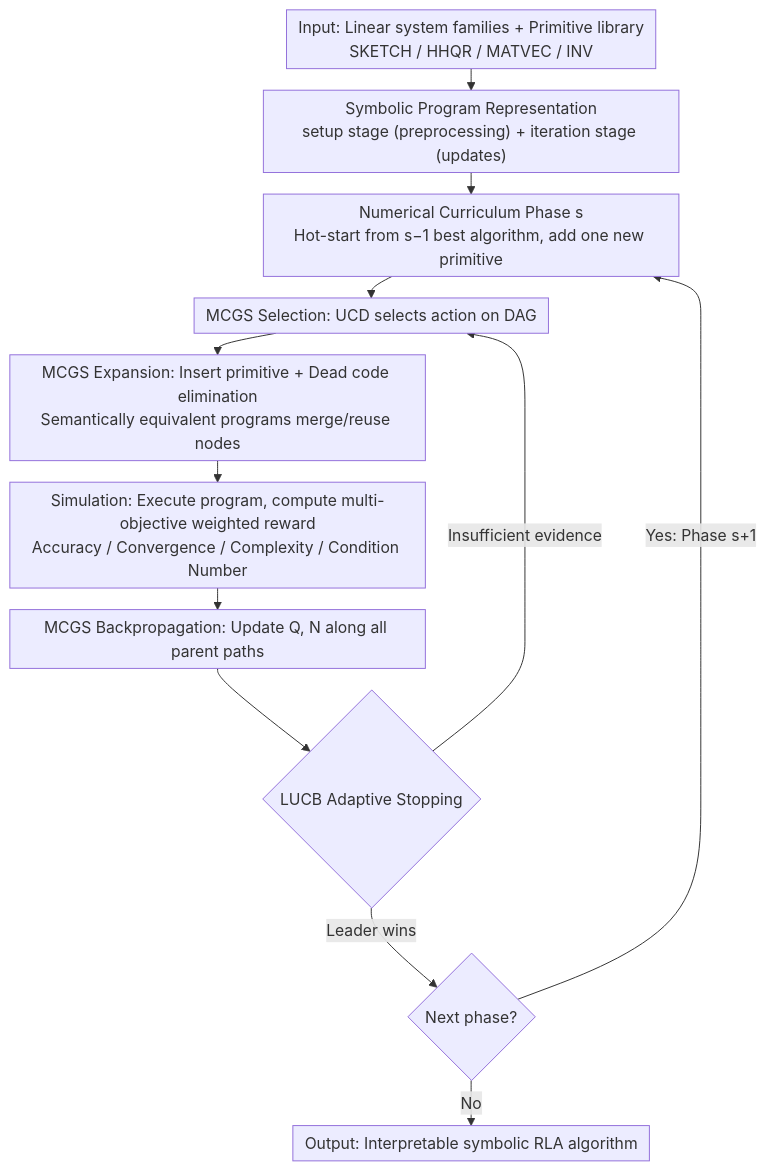
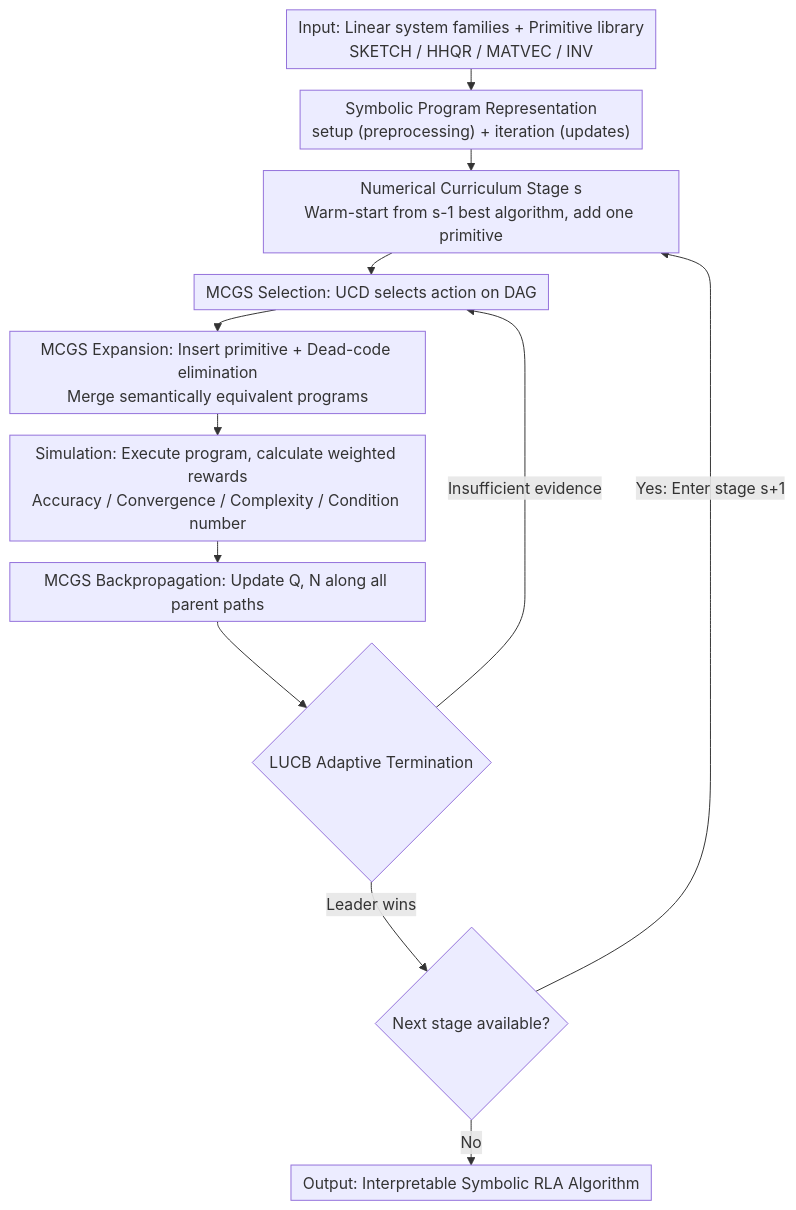
Before and after one commit to zhaoyang97/Paper-Notes-en: the diagram in docs/ICML2026/reinforcement_learning/rl4rla_teaching_ml_to_discover_randomized_linear_algebra_algorithms_through_curr.md, drawn with Mermaid. The commit also changed other lines of this file and 5084 other files, not shown here.

````diff
--- a/docs/ICML2026/reinforcement_learning/rl4rla_teaching_ml_to_discover_randomized_linear_algebra_algorithms_through_curr.md
+++ b/docs/ICML2026/reinforcement_learning/rl4rla_teaching_ml_to_discover_randomized_linear_algebra_algorithms_through_curr.md
@@ -41,15 +41,15 @@
 ```mermaid
 %%{init: {'flowchart': {'rankSpacing': 22, 'nodeSpacing': 26, 'padding': 6, 'wrappingWidth': 400}}}%%
 flowchart TD
-    IN["Input: Linear system families + Primitive library<br/>SKETCH / HHQR / MATVEC / INV"] --> REP["Symbolic Program Representation<br/>setup stage (preprocessing) + iteration stage (updates)"]
-    REP --> ST["Numerical Curriculum Phase s<br/>Hot-start from s−1 best algorithm, add one new primitive"]
+    IN["Input: Linear system families + Primitive library<br/>SKETCH / HHQR / MATVEC / INV"] --> REP["Symbolic Program Representation<br/>setup (preprocessing) + iteration (updates)"]
+    REP --> ST["Numerical Curriculum Stage s<br/>Warm-start from s-1 best algorithm, add one primitive"]
     ST --> SEL["MCGS Selection: UCD selects action on DAG"]
-    SEL --> EXP["MCGS Expansion: Insert primitive + Dead code elimination<br/>Semantically equivalent programs merge/reuse nodes"]
-    EXP --> SIM["Simulation: Execute program, compute multi-objective weighted reward<br/>Accuracy / Convergence / Complexity / Condition Number"]
+    SEL --> EXP["MCGS Expansion: Insert primitive + Dead-code elimination<br/>Merge semantically equivalent programs"]
+    EXP --> SIM["Simulation: Execute program, calculate weighted rewards<br/>Accuracy / Convergence / Complexity / Condition number"]
     SIM --> BP["MCGS Backpropagation: Update Q, N along all parent paths"]
-    BP --> LUCB{"LUCB Adaptive Stopping"}
+    BP --> LUCB{"LUCB Adaptive Termination"}
     LUCB -->|Insufficient evidence| SEL
-    LUCB -->|Leader wins| NEXT{"Next phase?"}
-    NEXT -->|Yes: Phase s+1| ST
-    NEXT -->|No| OUT["Output: Interpretable symbolic RLA algorithm"]
+    LUCB -->|Leader wins| NEXT{"Next stage available?"}
+    NEXT -->|Yes: Enter stage s+1| ST
+    NEXT -->|No| OUT["Output: Interpretable Symbolic RLA Algorithm"]
 ```
````
